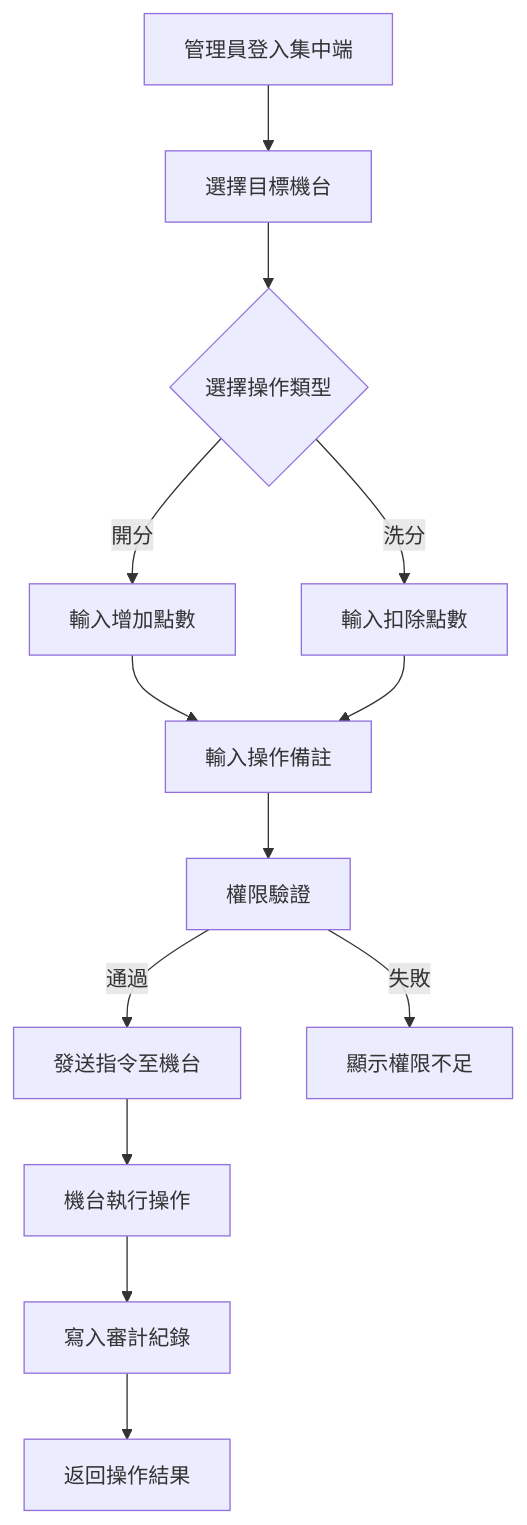
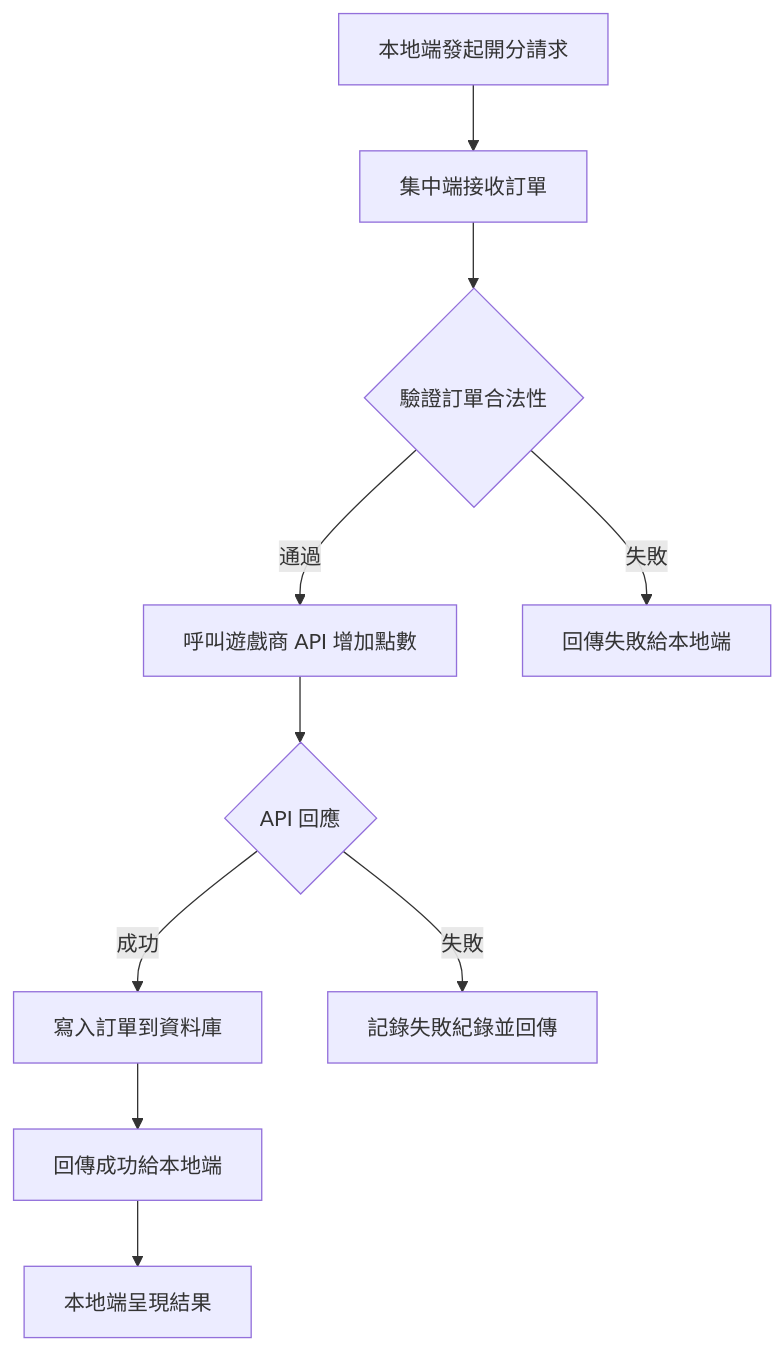
One commit to dimx9173/project_game changed the diagram in md/v8/feature_docs/central/[CM02]機台管理/[C11]開分洗分.md. Above: the diagram before and after it, drawn with Mermaid. The commit also changed other lines of this file and 1 other file, not shown here.

````diff
--- a/md/v8/feature_docs/central/[CM02]機台管理/[C11]開分洗分.md
+++ b/md/v8/feature_docs/central/[CM02]機台管理/[C11]開分洗分.md
@@ -23,15 +24,12 @@
 ```mermaid
 flowchart TD
-    A[管理員登入集中端] --> B[選擇目標機台]
-    B --> C{選擇操作類型}
-    C -->|開分| D[輸入增加點數]
-    C -->|洗分| E[輸入扣除點數]
-    D --> F[輸入操作備註]
-    E --> F
-    F --> G[權限驗證]
-    G -->|通過| H[發送指令至機台]
-    G -->|失敗| I[顯示權限不足]
-    H --> J[機台執行操作]
-    J --> K[寫入審計紀錄]
-    K --> L[返回操作結果]
+    A[本地端發起開分請求] --> B[集中端接收訂單]
+    B --> C{驗證訂單合法性}
+    C -->|通過| D[呼叫遊戲商 API 增加點數]
+    C -->|失敗| E[回傳失敗給本地端]
+    D --> F{API 回應}
+    F -->|成功| G[寫入訂單到資料庫]
+    F -->|失敗| H[記錄失敗紀錄並回傳]
+    G --> I[回傳成功給本地端]
+    I --> J[本地端呈現結果]
 ```
````
